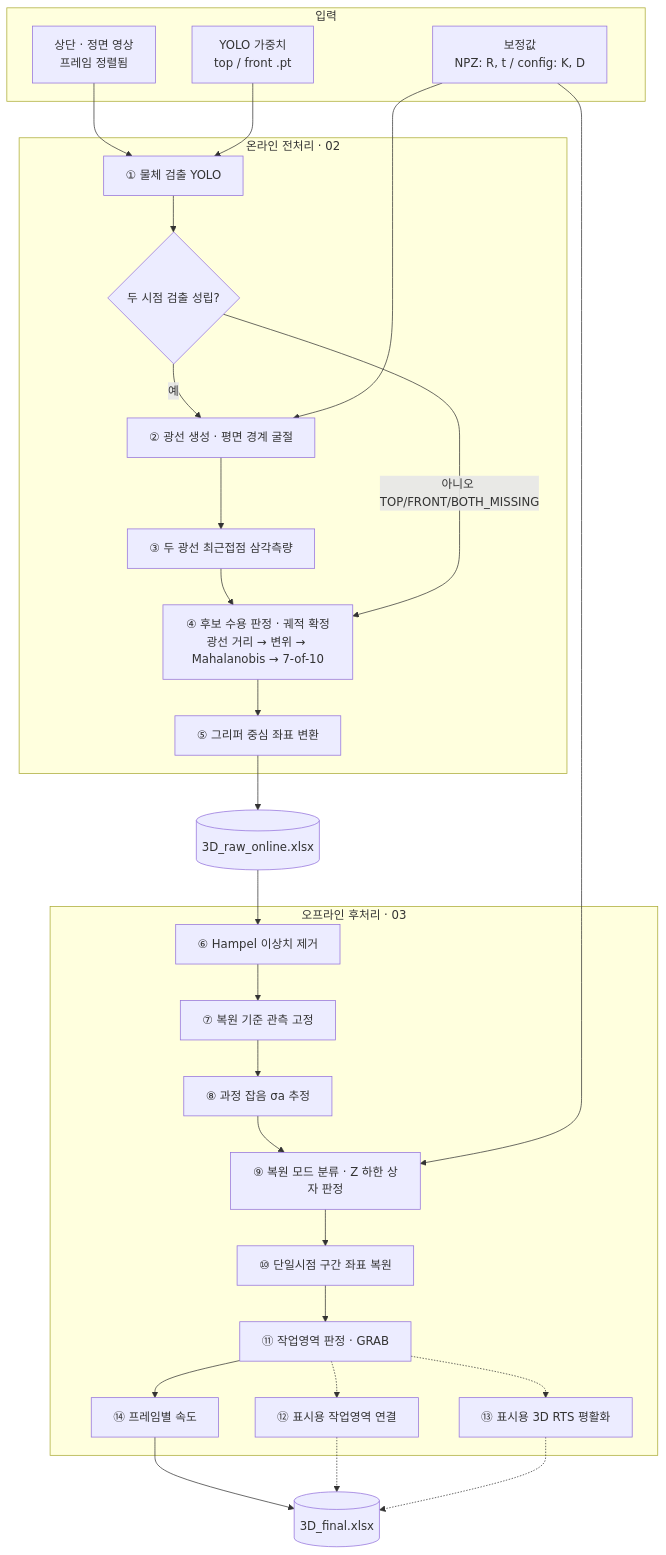
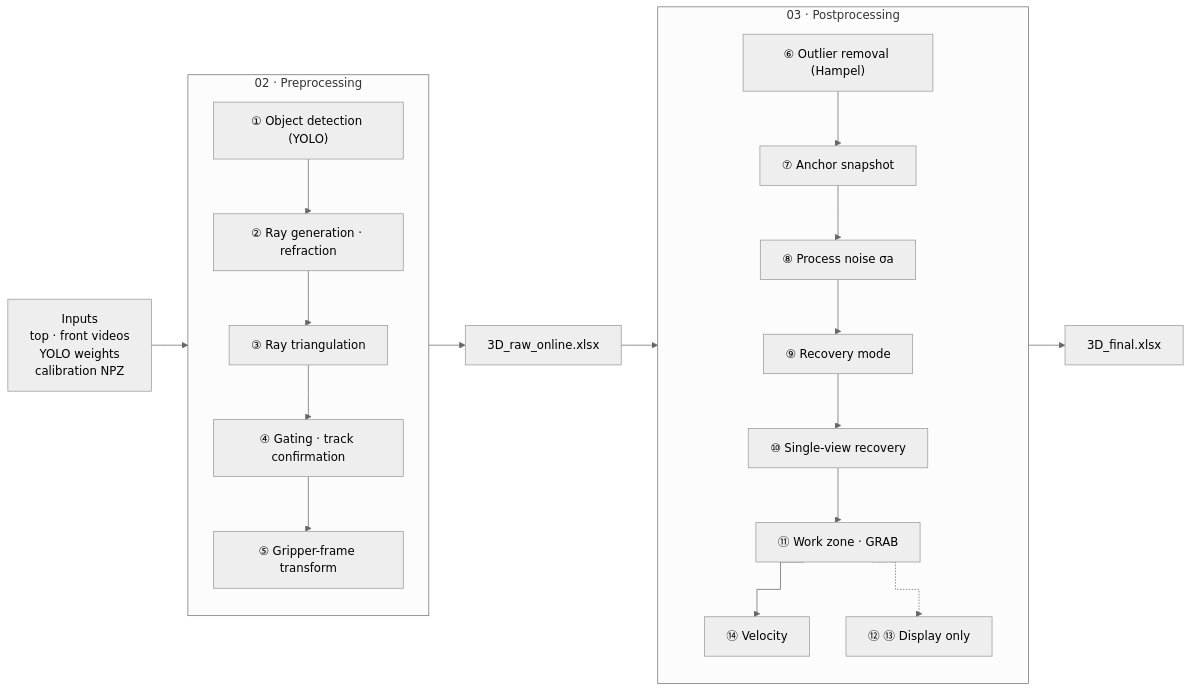
Before and after one commit to dodokim777-boop/underwater-gripper-tracking_final: the diagram in README.md, drawn with Mermaid. The commit also changed other lines of this file and 45 other files, not shown here.

````diff
--- a/README.md
+++ b/README.md
@@ -17,29 +13,28 @@
 ```mermaid
-flowchart TB
-  subgraph INP[입력]
-    V[상단 · 정면 영상<br/>프레임 정렬됨]
-    W[YOLO 가중치<br/>top / front .pt]
-    C[보정값<br/>NPZ: R, t / config: K, D]
+%%{init: {'theme': 'neutral', 'flowchart': {'curve': 'step'}}}%%
+flowchart LR
+  IN["Inputs<br/>top · front videos<br/>YOLO weights<br/>calibration NPZ"]
+  subgraph PRE["02 · Preprocessing"]
+    direction TB
+    S1["① Object detection (YOLO)"] --> S2["② Ray generation · refraction"]
+    S2 --> S3["③ Ray triangulation"]
+    S3 --> S4["④ Gating · track confirmation"]
+    S4 --> S5["⑤ Gripper-frame transform"]
   end
-  subgraph ONL[온라인 전처리 · 02]
-    S1[① 물체 검출 YOLO] --> D1{두 시점 검출 성립?}
-    D1 -- 예 --> S2[② 광선 생성 · 평면 경계 굴절]
-    S2 --> S3[③ 두 광선 최근접점 삼각측량]
-    S3 --> S4[④ 후보 수용 판정 · 궤적 확정<br/>광선 거리 → 변위 → Mahalanobis → 7-of-10]
-    D1 -- 아니오 TOP/FRONT/BOTH_MISSING --> S4
-    S4 --> S5[⑤ 그리퍼 중심 좌표 변환]
+  RAW["3D_raw_online.xlsx"]
+  subgraph POST["03 · Postprocessing"]
+    direction TB
+    S6["⑥ Outlier removal (Hampel)"] --> S7["⑦ Anchor snapshot"]
+    S7 --> S8["⑧ Process noise σa"]
+    S8 --> S9["⑨ Recovery mode"]
+    S9 --> S10["⑩ Single-view recovery"]
+    S10 --> S11["⑪ Work zone · GRAB"]
+    S11 --> S14["⑭ Velocity"]
+    S11 -.-> S1213["⑫ ⑬ Display only"]
   end
-  RAW[(3D_raw_online.xlsx)]
-  subgraph OFFL[오프라인 후처리 · 03]
-    S6[⑥ Hampel 이상치 제거] --> S7[⑦ 복원 기준 관측 고정]
-    S7 --> S8[⑧ 과정 잡음 σa 추정] --> S9[⑨ 복원 모드 분류 · Z 하한 상자 판정]
-    S9 --> S10[⑩ 단일시점 구간 좌표 복원] --> S11[⑪ 작업영역 판정 · GRAB]
-    S11 --> S14[⑭ 프레임별 속도]
-    S11 -.-> S12[⑫ 표시용 작업영역 연결]
-    S11 -.-> S13[⑬ 표시용 3D RTS 평활화]
-  end
-  FIN[(3D_final.xlsx)]
-  V --> S1; W --> S1; C --> S2; C --> S9
-  S5 --> RAW --> S6
-  S14 --> FIN; S12 -.-> FIN; S13 -.-> FIN
+  FIN["3D_final.xlsx"]
+  IN --> PRE
+  PRE --> RAW
+  RAW --> POST
+  POST --> FIN
 ```
````
